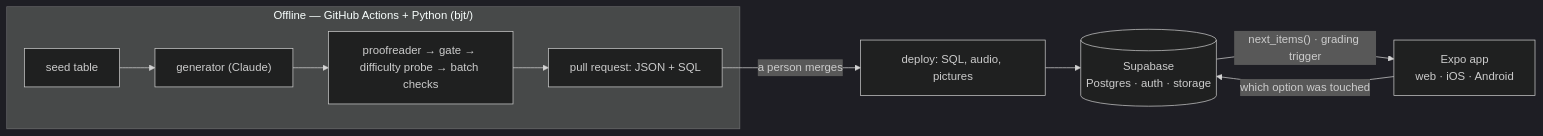
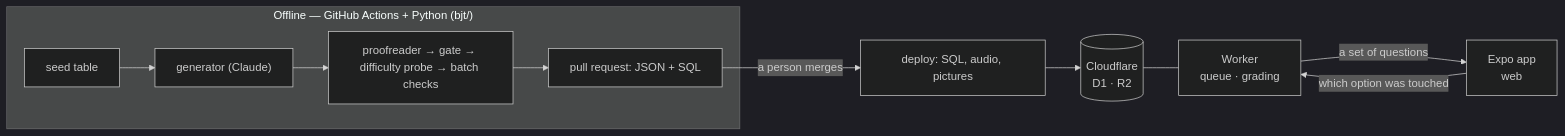
The first of 2 diagrams in README.md (ZacharyTStone/business-japanese-test-practice), drawn with Mermaid (dark theme) before and after one commit. The commit also changed other lines of this file and 166 other files, not shown here.

````diff
--- a/README.md
+++ b/README.md
@@ -70,12 +70,13 @@
 ```mermaid
 flowchart LR
     subgraph offline["Offline — GitHub Actions + Python (bjt/)"]
         ST["seed table"] --> GEN["generator (Claude)"]
         GEN --> CHK["proofreader → gate → difficulty probe → batch checks"]
         CHK --> PR["pull request: JSON + SQL"]
     end
     PR -->|"a person merges"| DEP["deploy: SQL, audio, pictures"]
-    DEP --> DB[("Supabase<br/>Postgres · auth · storage")]
-    DB -->|"next_items() · grading trigger"| APP["Expo app<br/>web · iOS · Android"]
-    APP -->|"which option was touched"| DB
+    DEP --> DB[("Cloudflare<br/>D1 · R2")]
+    DB --- W["Worker<br/>queue · grading"]
+    W -->|"a set of questions"| APP["Expo app<br/>web"]
+    APP -->|"which option was touched"| W
 ```
````
